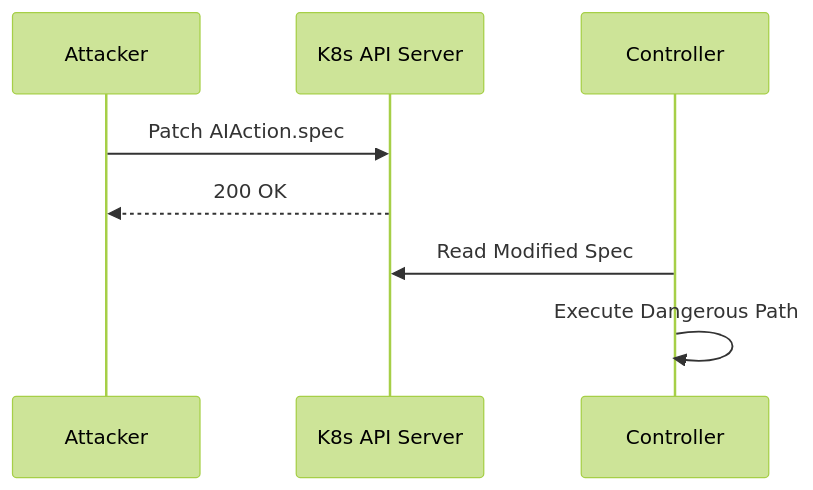
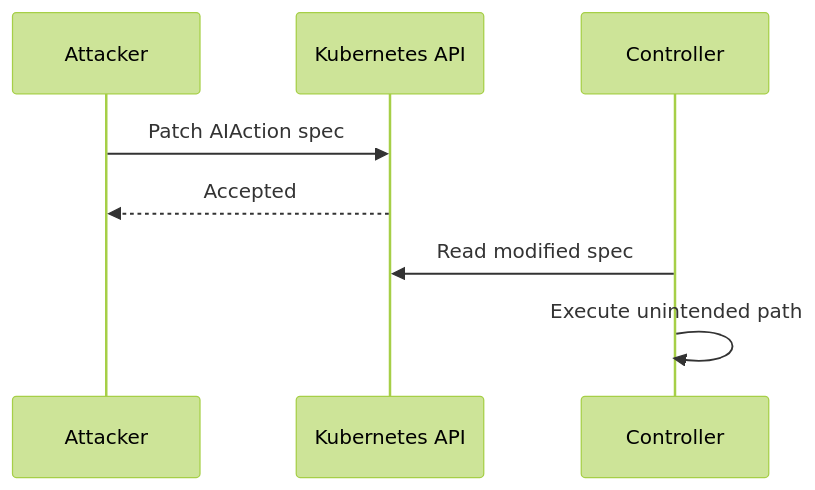
The fourth of 8 diagrams in openai/mcp/labs__.md (babywyrm/sysadmin), drawn with Mermaid (forest theme) before and after one commit. The commit also changed other lines of this file, not shown here.

````diff
--- a/openai/mcp/labs__.md
+++ b/openai/mcp/labs__.md
@@ -149,11 +142,11 @@
 ```mermaid
 sequenceDiagram
     participant Attacker
-    participant API as K8s API Server
+    participant API as Kubernetes API
     participant CTRL as Controller
 
-    Attacker->>API: Patch AIAction.spec
-    API-->>Attacker: 200 OK
-    CTRL->>API: Read Modified Spec
-    CTRL->>CTRL: Execute Dangerous Path
+    Attacker->>API: Patch AIAction spec
+    API-->>Attacker: Accepted
+    CTRL->>API: Read modified spec
+    CTRL->>CTRL: Execute unintended path
 ```
````
